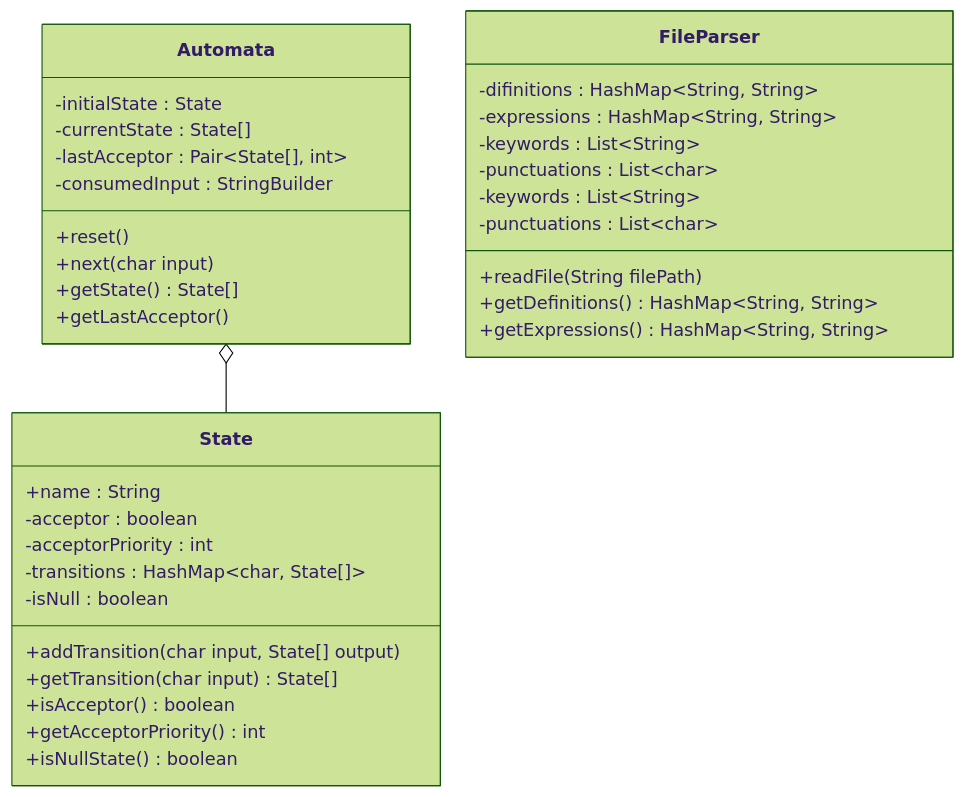
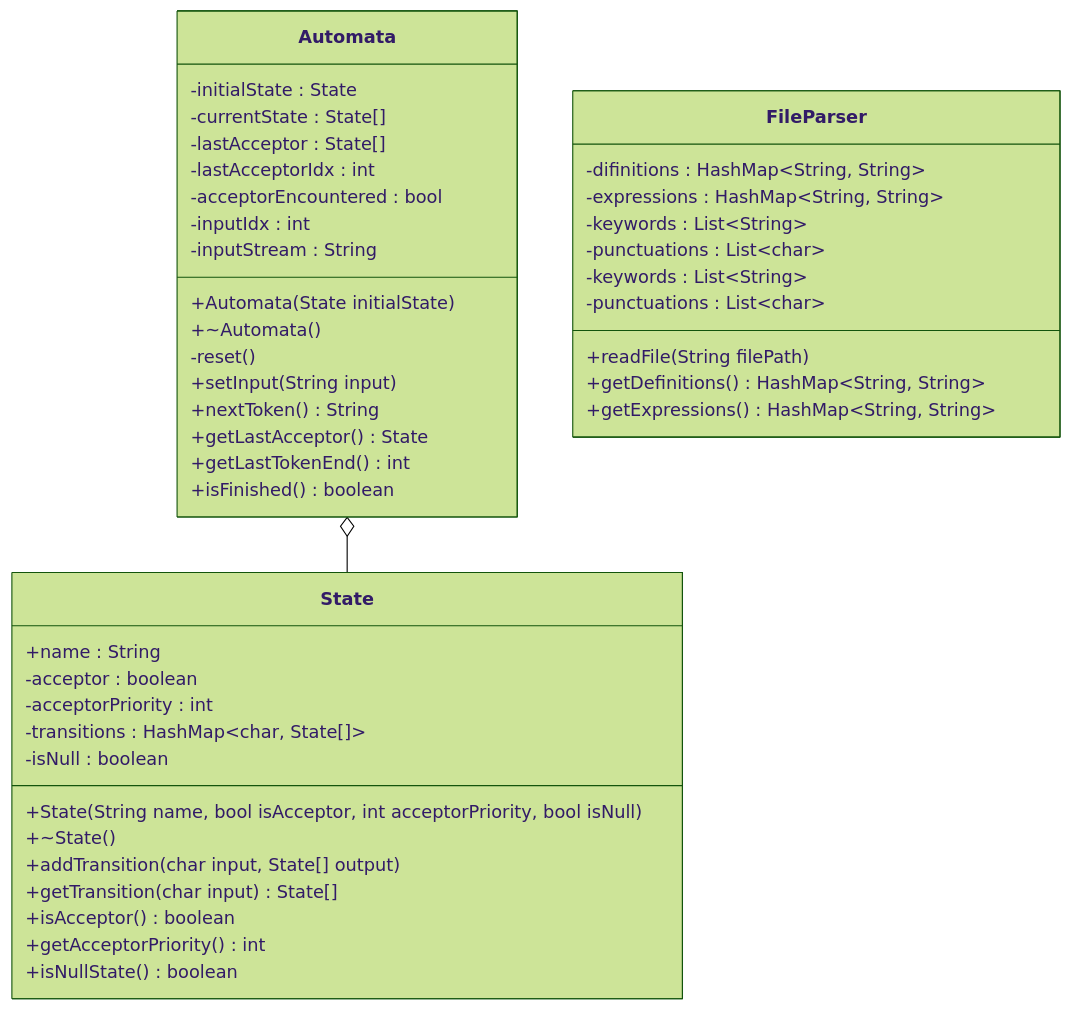
One commit to abderrahman504/Compilers-Project changed the first of 2 diagrams in docs/LexicalAnalyzerGen.md. Above: the diagram before and after it, drawn with Mermaid (forest theme).

Commit message:
Change Automata class diagram

````diff
--- a/docs/LexicalAnalyzerGen.md
+++ b/docs/LexicalAnalyzerGen.md
@@ -14,44 +14,53 @@
 ```mermaid
 classDiagram
 	class Automata{
 		-initialState : State
 		-currentState : State[]
-		-lastAcceptor : Pair~State[], int~
-		-consumedInput : StringBuilder
+		-lastAcceptor : State[]
+		-lastAcceptorIdx : int
+		-acceptorEncountered : bool
+		-inputIdx : int
+		-inputStream : String
 
-		+reset()
-		+next(char input)
-		+getState() State[]
-		+getLastAcceptor()
+		+Automata(State initialState)
+		+~Automata()
+		-reset()
+		+setInput(String input)
+		+nextToken() String
+		+getLastAcceptor() State
+		+getLastTokenEnd() int
+		+isFinished() boolean
 	}
 	
 	class State{
 		+name : String
 		-acceptor : boolean
 		-acceptorPriority : int
 		-transitions : HashMap~char, State[]~
 		-isNull : boolean
 
+		+State(String name, bool isAcceptor, int acceptorPriority, bool isNull)
+		+~State()
 		+addTransition(char input, State[] output)
 		+getTransition(char input) State[]
 		+isAcceptor() boolean
 		+getAcceptorPriority() int
 		+isNullState() boolean
 	}
 
 	Automata o-- State
 	
 	class FileParser{
 		-difinitions : HashMap~String, String~
 		-expressions : HashMap~String, String~
 		-keywords : List~String~
 		-punctuations : List~char~
 
 		+readFile(String filePath)
 		+getDefinitions() HashMap~String, String~
 		+getExpressions() HashMap~String, String~
 		-keywords : List~String~
 		-punctuations : List~char~
 	}
 
 ```
````
